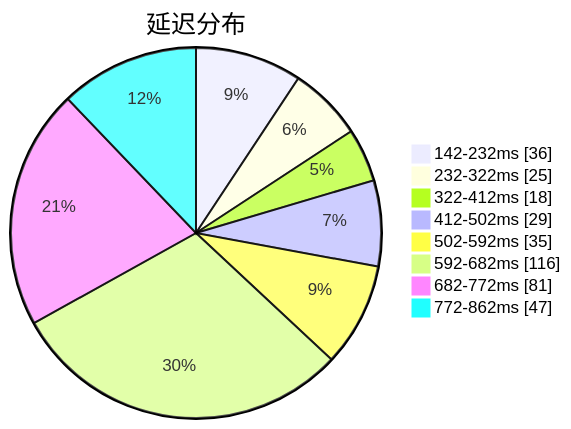
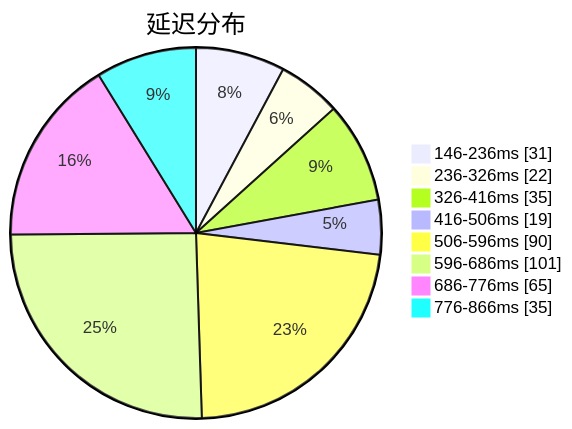
One commit to qjlxg/airport changed the first of 3 diagrams in subs/statistics/tested_within.md. Above: the diagram before and after it, drawn with Mermaid. The commit also changed other lines of this file and 2 other files, not shown here.

Commit message:
Tested by metaST

````diff
--- a/subs/statistics/tested_within.md
+++ b/subs/statistics/tested_within.md
@@ -2,12 +2,12 @@
 ```mermaid
 pie showData
 title 延迟分布
-"142-232ms" : 36
-"232-322ms" : 25
-"322-412ms" : 18
-"412-502ms" : 29
-"502-592ms" : 35
-"592-682ms" : 116
-"682-772ms" : 81
-"772-862ms" : 47
+"146-236ms" : 31
+"236-326ms" : 22
+"326-416ms" : 35
+"416-506ms" : 19
+"506-596ms" : 90
+"596-686ms" : 101
+"686-776ms" : 65
+"776-866ms" : 35
 ```
````
